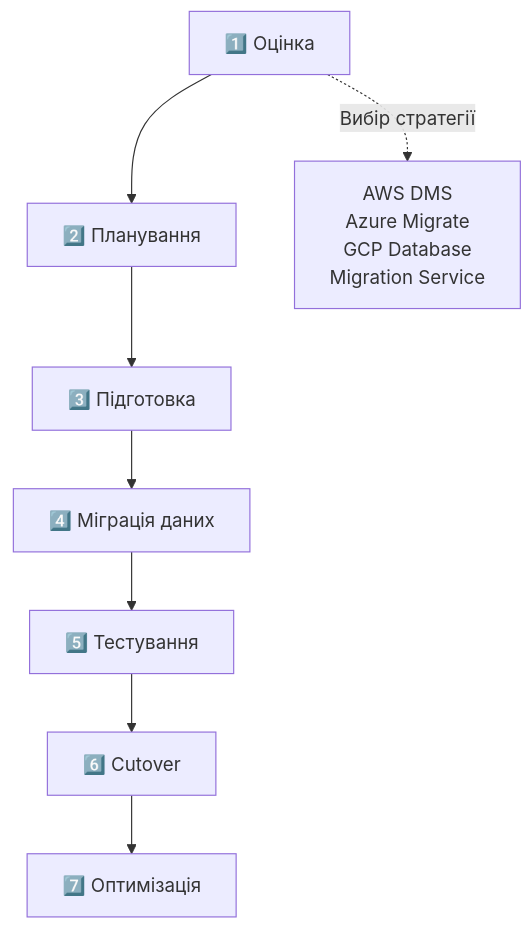
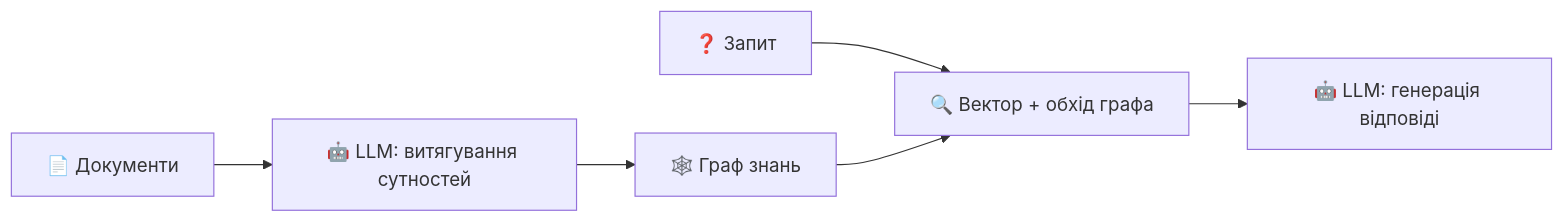
One commit to olroi421/course-bd changed the sixth of 6 diagrams in presentations/presentation-15.md. Above: the diagram before and after it, drawn with Mermaid. The commit also changed other lines of this file and 26 other files, not shown here.

````diff
--- a/presentations/presentation-15.md
+++ b/presentations/presentation-15.md
@@ -687,11 +247,8 @@
 ```mermaid
-graph TB
-    A[1️⃣ Оцінка] --> B[2️⃣ Планування]
-    B --> C[3️⃣ Підготовка]
-    C --> D[4️⃣ Міграція даних]
-    D --> E[5️⃣ Тестування]
-    E --> F[6️⃣ Cutover]
-    F --> G[7️⃣ Оптимізація]
-
-    A -.->|Вибір стратегії| H[AWS DMS<br/>Azure Migrate<br/>GCP Database<br/>Migration Service]
+graph LR
+    A[📄 Документи] --> B[🤖 LLM: витягування сутностей]
+    B --> C[🕸️ Граф знань]
+    D[❓ Запит] --> E[🔍 Вектор + обхід графа]
+    C --> E
+    E --> F[🤖 LLM: генерація відповіді]
 ```
````
